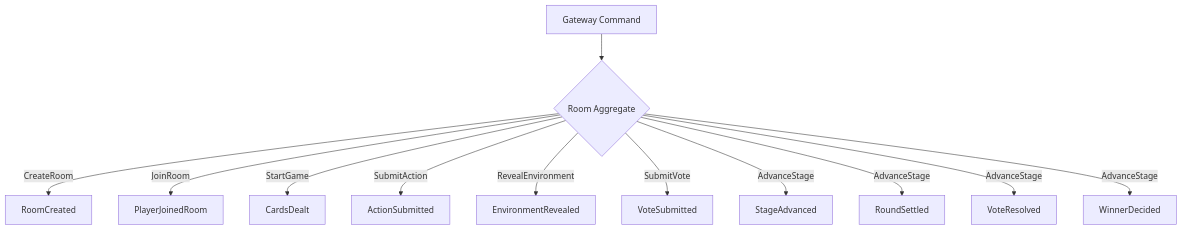
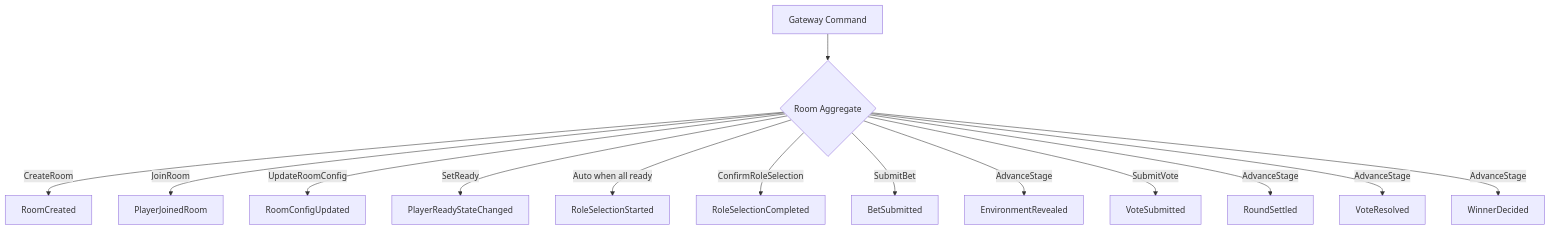
One commit to sadofriod/deskgame changed the first of 3 diagrams in docs/flows/room-flow.md. Above: the diagram before and after it, drawn with Mermaid. The commit also changed other lines of this file and 34 other files, not shown here.

````diff
--- a/docs/flows/room-flow.md
+++ b/docs/flows/room-flow.md
@@ -7,14 +7,16 @@
 ```mermaid
 flowchart TD
   A[Gateway Command] --> B{Room Aggregate}
   B -->|CreateRoom| C[RoomCreated]
   B -->|JoinRoom| D[PlayerJoinedRoom]
-  B -->|StartGame| E[CardsDealt]
-  B -->|SubmitAction| F[ActionSubmitted]
-  B -->|RevealEnvironment| G[EnvironmentRevealed]
-  B -->|SubmitVote| H[VoteSubmitted]
-  B -->|AdvanceStage| I[StageAdvanced]
-  B -->|AdvanceStage| J[RoundSettled]
-  B -->|AdvanceStage| K[VoteResolved]
-  B -->|AdvanceStage| L[WinnerDecided]
+  B -->|UpdateRoomConfig| E[RoomConfigUpdated]
+  B -->|SetReady| F[PlayerReadyStateChanged]
+  B -->|Auto when all ready| G[RoleSelectionStarted]
+  B -->|ConfirmRoleSelection| H[RoleSelectionCompleted]
+  B -->|SubmitBet| I[BetSubmitted]
+  B -->|AdvanceStage| J[EnvironmentRevealed]
+  B -->|SubmitVote| K[VoteSubmitted]
+  B -->|AdvanceStage| L[RoundSettled]
+  B -->|AdvanceStage| M[VoteResolved]
+  B -->|AdvanceStage| N[WinnerDecided]
 ```
````
